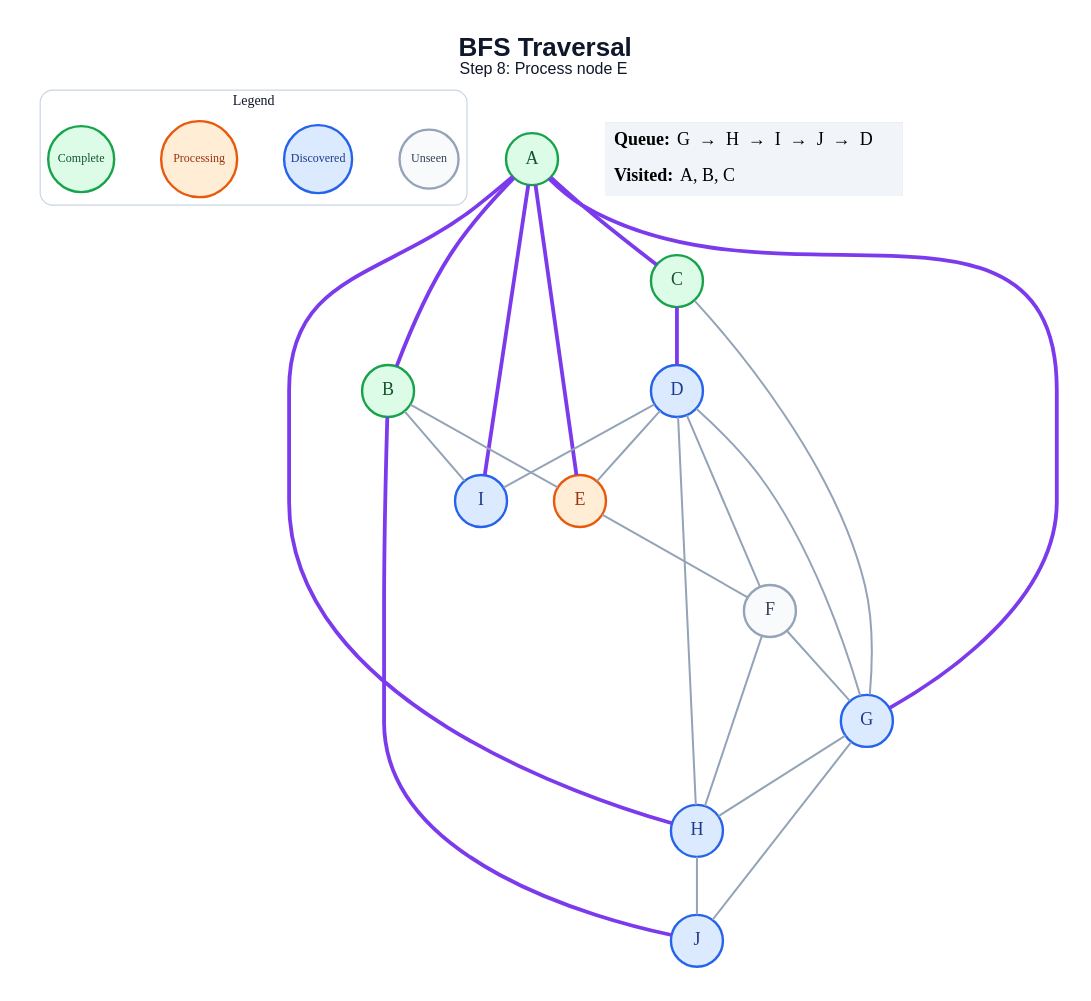
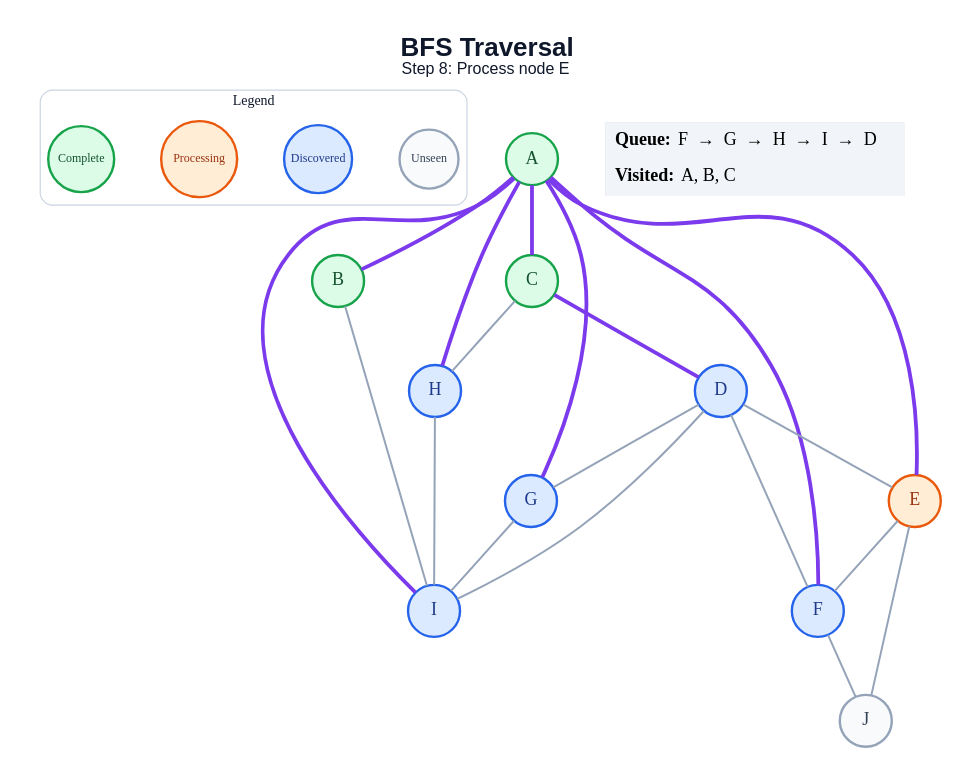
One commit to amanghodawala9/ai-slop changed the diagram in generated/bfs/step_08.dot. Above: the diagram before and after it, drawn with Graphviz. The commit also changed 178 other files, not shown here.

```diff
--- a/generated/bfs/step_08.dot
+++ b/generated/bfs/step_08.dot
@@ -1,51 +1,48 @@
 graph traversal {
   graph [layout=dot, rankdir=TB, bgcolor="#FFFFFF", pad="0.35", nodesep="0.65", ranksep="0.8", fontname="Arial"];
   node [shape=circle, style="filled", fontname="Arial Bold", fontsize=18, width=0.72, fixedsize=true, penwidth=2.4];
   edge [color="#94A3B8", penwidth=2.0];
   label=<<B>BFS Traversal</B><BR/><FONT POINT-SIZE="16">Step 8: Process node E</FONT>>; labelloc="t"; fontsize=26; fontname="Arial"; fontcolor="#0F172A";
   subgraph cluster_legend { label="Legend"; color="#CBD5E1"; penwidth=1.2; style="rounded"; fontsize=14; fontname="Arial Bold";
     key_unseen [label="Unseen", fillcolor="#F8FAFC", color="#94A3B8", fontcolor="#334155", fontsize=12, width=0.82];
     key_frontier [label="Discovered", fillcolor="#DBEAFE", color="#2563EB", fontcolor="#1E3A8A", fontsize=12, width=0.95];
     key_current [label="Processing", fillcolor="#FFEDD5", color="#EA580C", fontcolor="#9A3412", fontsize=12, width=1.05];
     key_done [label="Complete", fillcolor="#DCFCE7", color="#16A34A", fontcolor="#14532D", fontsize=12, width=0.92];
     { rank=same; key_unseen; key_frontier; key_current; key_done; }
   }
   A [fillcolor="#DCFCE7", color="#16A34A", fontcolor="#14532D"];
   B [fillcolor="#DCFCE7", color="#16A34A", fontcolor="#14532D"];
   C [fillcolor="#DCFCE7", color="#16A34A", fontcolor="#14532D"];
   D [fillcolor="#DBEAFE", color="#2563EB", fontcolor="#1E3A8A"];
   E [fillcolor="#FFEDD5", color="#EA580C", fontcolor="#9A3412"];
-  F [fillcolor="#F8FAFC", color="#94A3B8", fontcolor="#334155"];
+  F [fillcolor="#DBEAFE", color="#2563EB", fontcolor="#1E3A8A"];
   G [fillcolor="#DBEAFE", color="#2563EB", fontcolor="#1E3A8A"];
   H [fillcolor="#DBEAFE", color="#2563EB", fontcolor="#1E3A8A"];
   I [fillcolor="#DBEAFE", color="#2563EB", fontcolor="#1E3A8A"];
-  J [fillcolor="#DBEAFE", color="#2563EB", fontcolor="#1E3A8A"];
+  J [fillcolor="#F8FAFC", color="#94A3B8", fontcolor="#334155"];
   A -- B [color="#7C3AED", penwidth=3.8];
   A -- C [color="#7C3AED", penwidth=3.8];
   A -- E [color="#7C3AED", penwidth=3.8];
+  A -- F [color="#7C3AED", penwidth=3.8];
   A -- G [color="#7C3AED", penwidth=3.8];
   A -- H [color="#7C3AED", penwidth=3.8];
   A -- I [color="#7C3AED", penwidth=3.8];
-  B -- E;
   B -- I;
-  B -- J [color="#7C3AED", penwidth=3.8];
   C -- D [color="#7C3AED", penwidth=3.8];
-  C -- G;
+  C -- H;
   D -- E;
   D -- F;
   D -- G;
-  D -- H;
   D -- I;
   E -- F;
-  F -- G;
-  F -- H;
-  G -- H;
-  G -- J;
-  H -- J;
+  E -- J;
+  F -- J;
+  G -- I;
+  H -- I;
   status [shape=plain, fixedsize=false, width=0, height=0, margin=0, label=<
     <TABLE BORDER="0" CELLBORDER="0" CELLPADDING="7" BGCOLOR="#F1F5F9">
-      <TR><TD ALIGN="LEFT"><B>Queue:</B> G  →  H  →  I  →  J  →  D</TD></TR>
+      <TR><TD ALIGN="LEFT"><B>Queue:</B> F  →  G  →  H  →  I  →  D</TD></TR>
       <TR><TD ALIGN="LEFT"><B>Visited:</B> A, B, C</TD></TR>
     </TABLE>
   >];
 }
```
